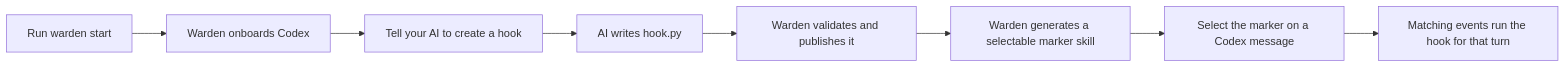
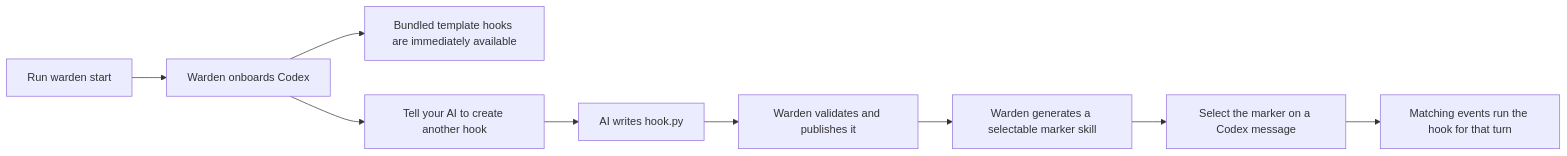
One commit to RPD123-byte/Warden changed the diagram in README.md. Above: the diagram before and after it, drawn with Mermaid. The commit also changed other lines of this file and 29 other files, not shown here.

Commit message:
Add bundled decision-monitor hook template

````diff
--- a/README.md
+++ b/README.md
@@ -11,10 +11,11 @@
 ```mermaid
 flowchart LR
     S["Run warden start"] --> O["Warden onboards Codex"]
-    O --> A["Tell your AI to create a hook"]
+    O --> B["Bundled template hooks are immediately available"]
+    O --> A["Tell your AI to create another hook"]
     A --> H["AI writes hook.py"]
     H --> W["Warden validates and publishes it"]
     W --> M["Warden generates a selectable marker skill"]
     M --> T["Select the marker on a Codex message"]
     T --> E["Matching events run the hook for that turn"]
 ```
````
